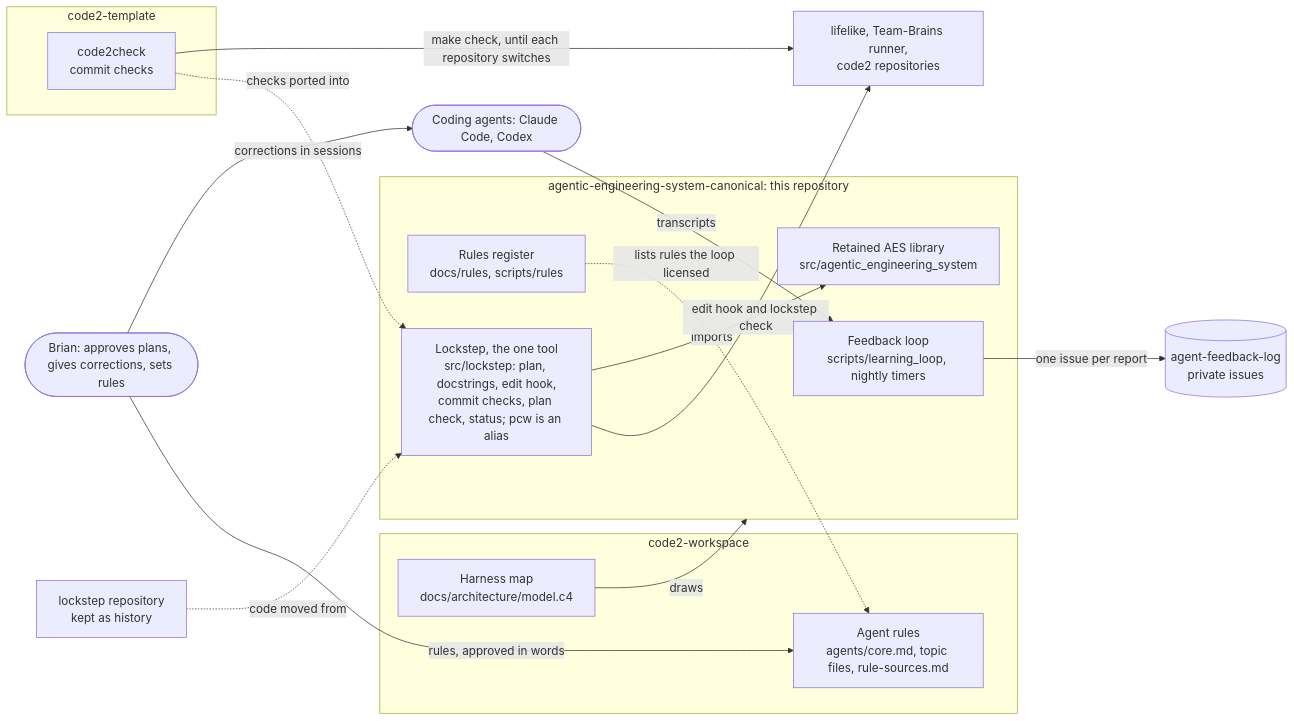
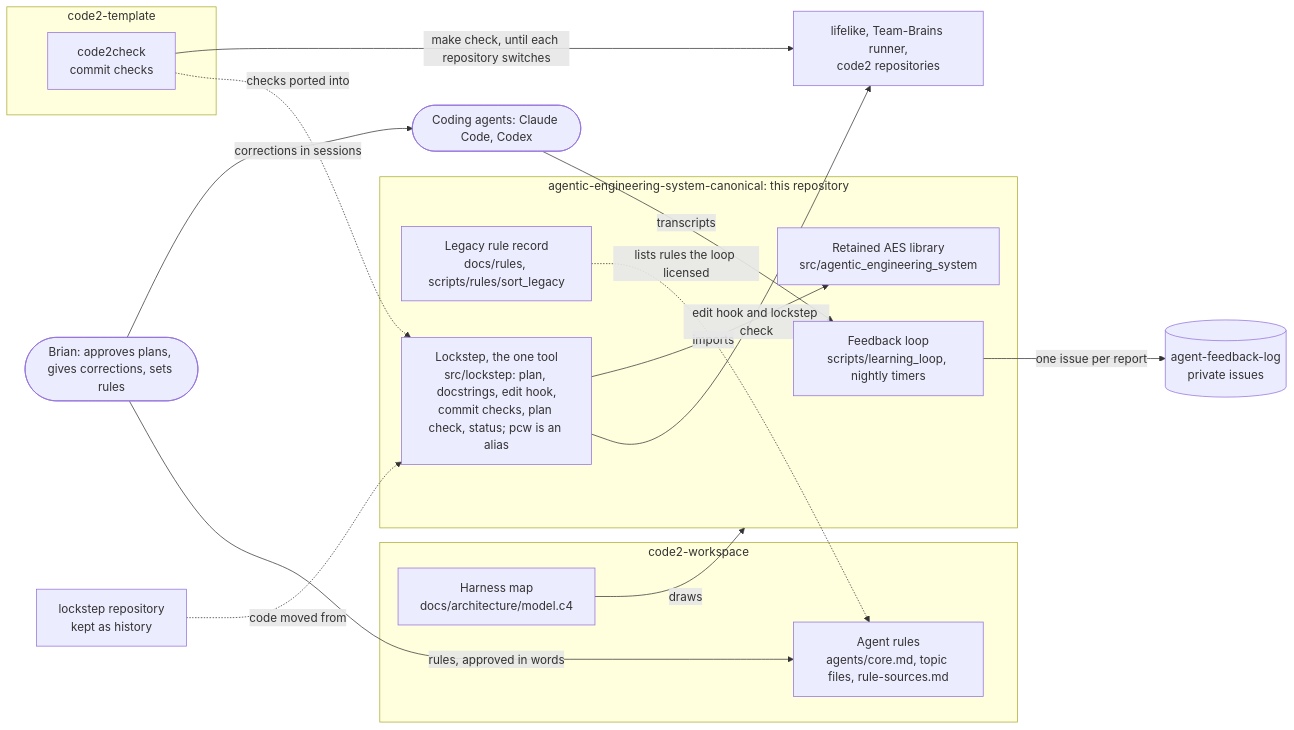
One commit to BrianMills2718/agentic-engineering-system-canonical changed the first of 2 diagrams in docs/planning/SYSTEM_MODEL.md. Above: the diagram before and after it, drawn with Mermaid. The commit also changed other lines of this file and 24 other files, not shown here.

First line of the commit message:
Retire the AES rules register: rules have one home, code2-workspace agents/

````diff
--- a/docs/planning/SYSTEM_MODEL.md
+++ b/docs/planning/SYSTEM_MODEL.md
@@ -19,32 +19,32 @@
 ```mermaid
 flowchart LR
   brian([Brian: approves plans, gives corrections, sets rules])
   agent([Coding agents: Claude Code, Codex])
   subgraph aesrepo[agentic-engineering-system-canonical: this repository]
     loop[Feedback loop<br/>scripts/learning_loop, nightly timers]
-    register[Rules register<br/>docs/rules, scripts/rules]
+    register[Legacy rule record<br/>docs/rules, scripts/rules/sort_legacy]
     lib[Retained AES library<br/>src/agentic_engineering_system]
     onetool[Lockstep, the one tool<br/>src/lockstep: plan, docstrings, edit hook,<br/>commit checks, plan check, status; pcw is an alias]
   end
   oldls[lockstep repository<br/>kept as history]
   subgraph tpl[code2-template]
     c2c[code2check<br/>commit checks]
   end
   subgraph ws[code2-workspace]
     rules[Agent rules<br/>agents/core.md, topic files, rule-sources.md]
     map[Harness map<br/>docs/architecture/model.c4]
   end
   log[(agent-feedback-log<br/>private issues)]
   users[lifelike, Team-Brains runner,<br/>code2 repositories]
   brian -->|corrections in sessions| agent
   agent -->|transcripts| loop
   loop -->|one issue per report| log
   brian -->|rules, approved in words| rules
   register -.->|lists rules the loop licensed| rules
   onetool -->|imports| lib
   onetool -->|edit hook and lockstep check| users
   c2c -->|make check, until each repository switches| users
   oldls -.->|code moved from| onetool
   c2c -.->|checks ported into| onetool
   map -->|draws| aesrepo
 ```
````
